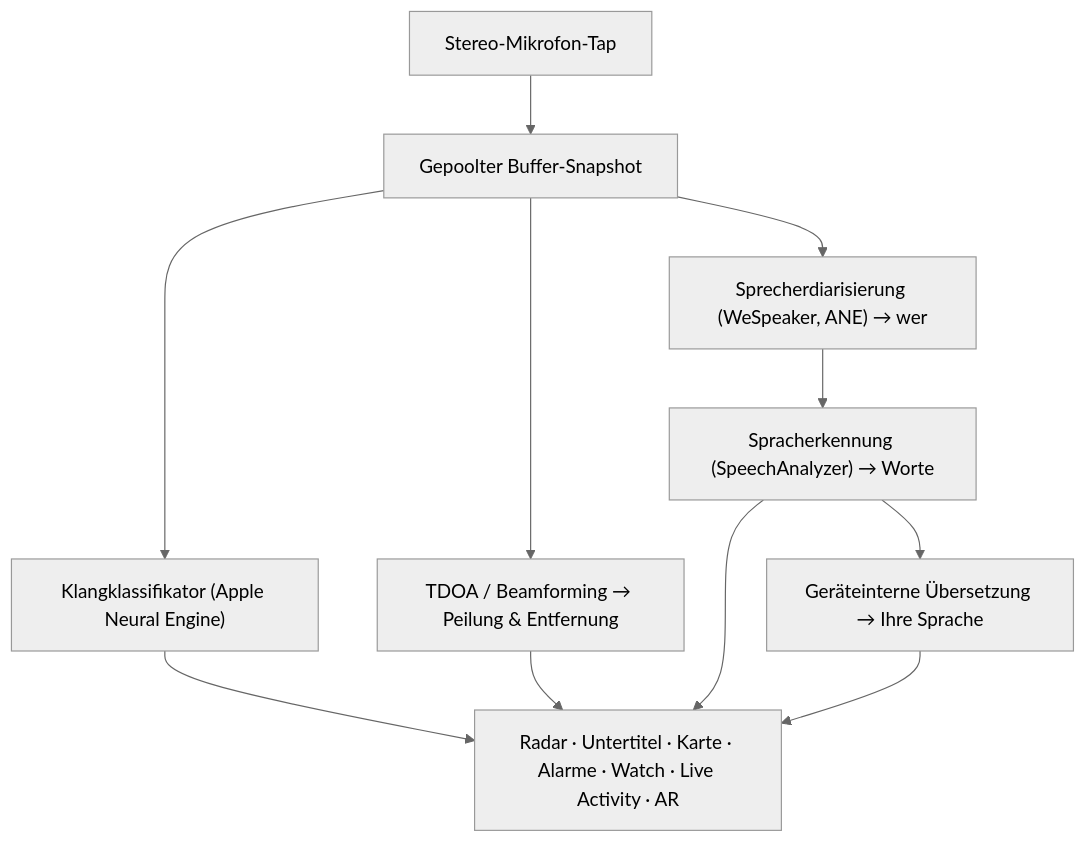
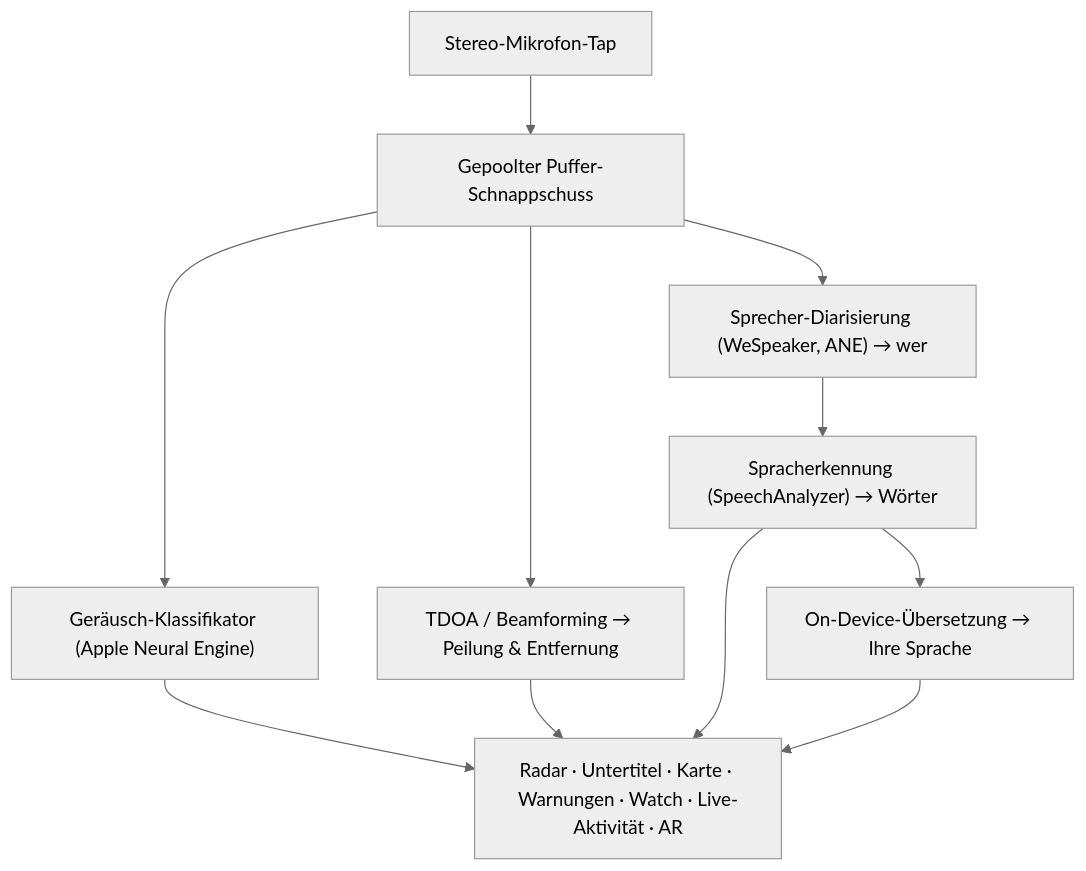
One commit to rpalm01-star/VigilantEarLegal changed the diagram in README_de.md. Above: the diagram before and after it, drawn with Mermaid (neutral theme). The commit also changed other lines of this file and 31 other files, not shown here.

````diff
--- a/README_de.md
+++ b/README_de.md
@@ -93,10 +93,10 @@
 ```mermaid
 graph TD
-    A["Stereo-Mikrofon-Tap"] --> B["Gepoolter Buffer-Snapshot"]
-    B --> C["Klangklassifikator (Apple Neural Engine)"]
+    A["Stereo-Mikrofon-Tap"] --> B["Gepoolter Puffer-Schnappschuss"]
+    B --> C["Geräusch-Klassifikator (Apple Neural Engine)"]
     B --> D["TDOA / Beamforming → Peilung & Entfernung"]
-    B --> E["Sprecherdiarisierung (WeSpeaker, ANE) → wer"]
-    E --> F["Spracherkennung (SpeechAnalyzer) → Worte"]
-    F --> G["Geräteinterne Übersetzung → Ihre Sprache"]
-    C & D & F & G --> H["Radar · Untertitel · Karte · Alarme · Watch · Live Activity · AR"]
+    B --> E["Sprecher-Diarisierung (WeSpeaker, ANE) → wer"]
+    E --> F["Spracherkennung (SpeechAnalyzer) → Wörter"]
+    F --> G["On-Device-Übersetzung → Ihre Sprache"]
+    C & D & F & G --> H["Radar · Untertitel · Karte · Warnungen · Watch · Live-Aktivität · AR"]
 ```
````
